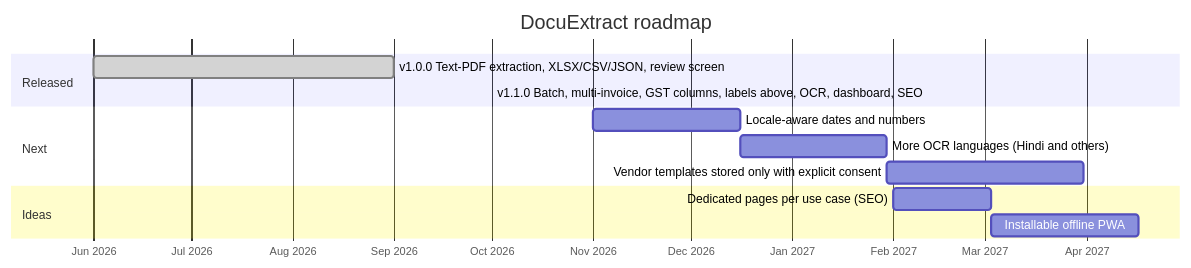
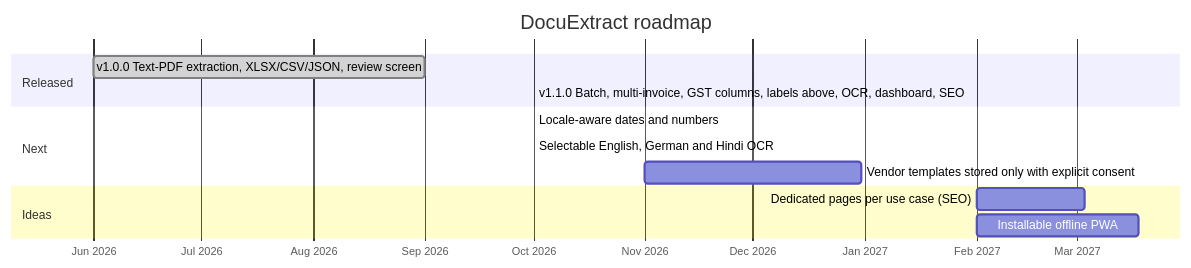
The seventh of 7 diagrams in README.md (MANayab/DocuExtract), drawn with Mermaid before and after one commit. The commit also changed other lines of this file, not shown here.

Commit message:
docs: update README.md for v1.4.0

````diff
--- a/README.md
+++ b/README.md
@@ -340,16 +340,16 @@
 ```mermaid
 gantt
     title DocuExtract roadmap
     dateFormat  YYYY-MM
     axisFormat  %b %Y
     section Released
     v1.0.0 Text-PDF extraction, XLSX/CSV/JSON, review screen :done, v1, 2026-06, 2026-09
     v1.1.0 Batch, multi-invoice, GST columns, labels above, OCR, dashboard, SEO :done, v11, 2026-10, 2026-10
     section Next
-    Locale-aware dates and numbers                           :loc, 2026-11, 45d
-    More OCR languages (Hindi and others)                    :lang, after loc, 45d
-    Vendor templates stored only with explicit consent       :tpl, after lang, 60d
+    Locale-aware dates and numbers                           :done, loc, 2026-10, 2026-10
+    Selectable English, German and Hindi OCR                    :done, lang, 2026-10, 2026-10
+    Vendor templates stored only with explicit consent       :tpl, 2026-11, 60d
     section Ideas
     Dedicated pages per use case (SEO)                       :seo, 2027-02, 30d
-    Installable offline PWA                                  :pwa, after seo, 45d
+    Installable offline PWA                                  :pwa, 2027-02, 45d
 ```
````
